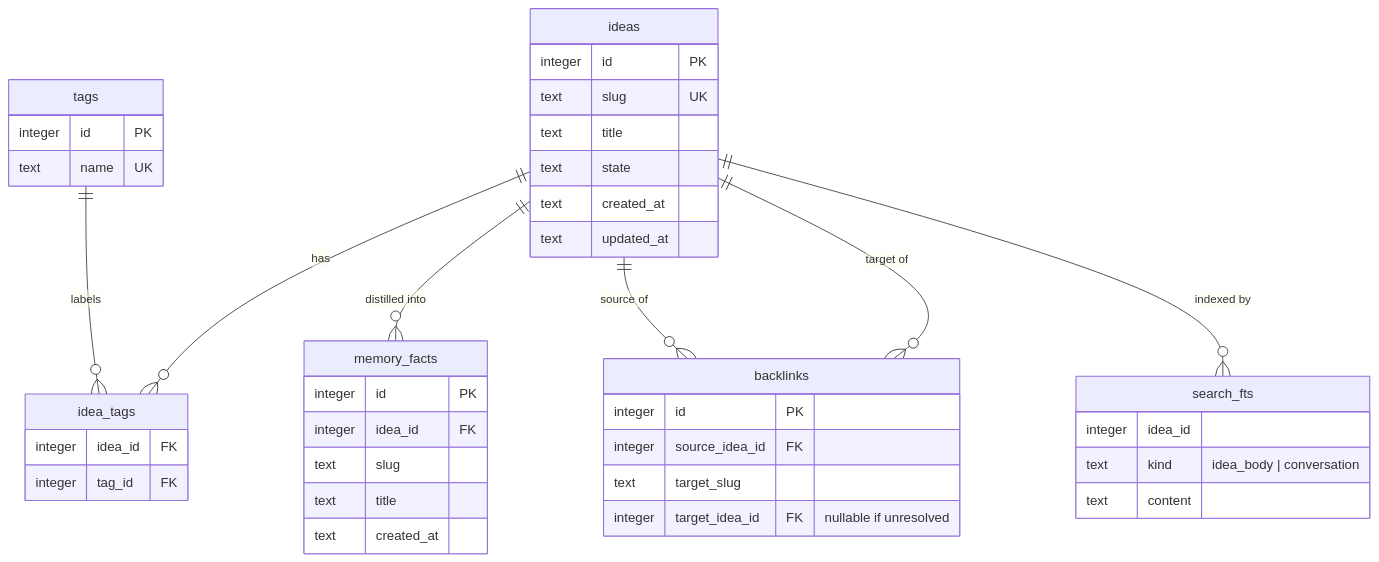
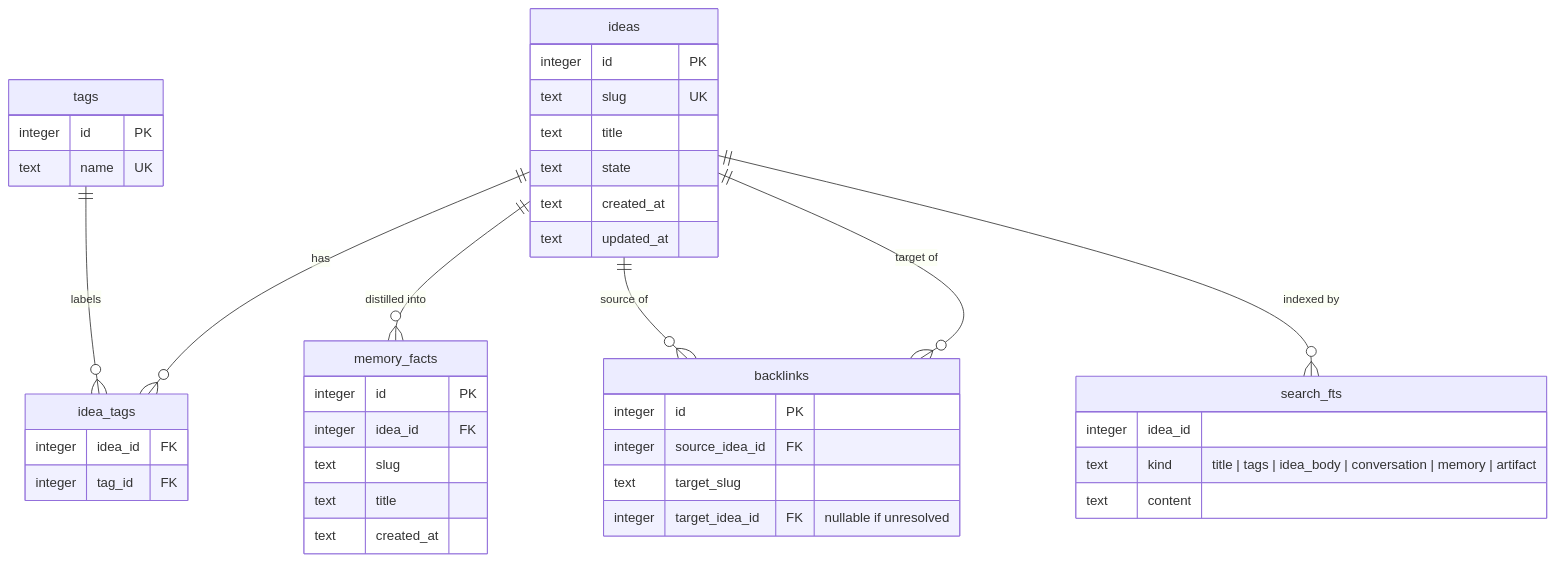
One commit to jasdian/idea-vault changed the third of 5 diagrams in docs/03-data-model.md. Above: the diagram before and after it, drawn with Mermaid. The commit also changed other lines of this file and 6 other files, not shown here.

````diff
--- a/docs/03-data-model.md
+++ b/docs/03-data-model.md
@@ -208,44 +217,44 @@
 ```mermaid
 erDiagram
     ideas ||--o{ idea_tags : has
     tags  ||--o{ idea_tags : labels
     ideas ||--o{ memory_facts : "distilled into"
     ideas ||--o{ backlinks : "source of"
     ideas ||--o{ backlinks : "target of"
     ideas ||--o{ search_fts : "indexed by"
 
     ideas {
         integer id PK
         text slug UK
         text title
         text state
         text created_at
         text updated_at
     }
     tags {
         integer id PK
         text name UK
     }
     idea_tags {
         integer idea_id FK
         integer tag_id FK
     }
     memory_facts {
         integer id PK
         integer idea_id FK
         text slug
         text title
         text created_at
     }
     backlinks {
         integer id PK
         integer source_idea_id FK
         text target_slug
         integer target_idea_id FK "nullable if unresolved"
     }
     search_fts {
         integer idea_id
-        text kind "idea_body | conversation"
+        text kind "title | tags | idea_body | conversation | memory | artifact"
         text content
     }
 ```
````
